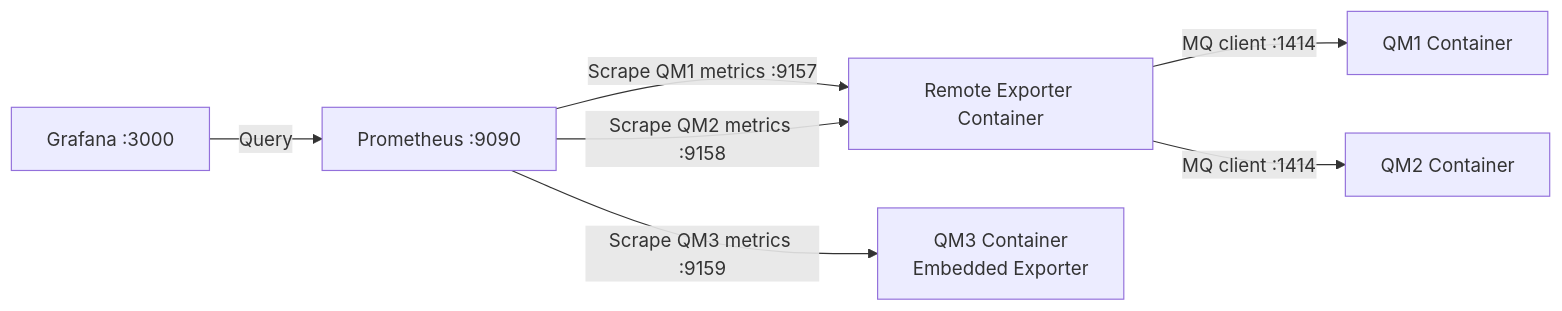
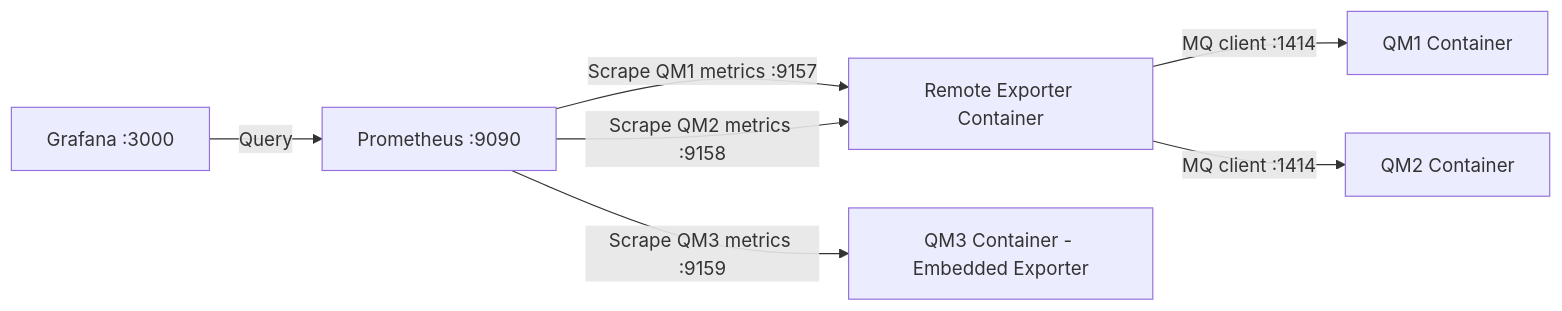
Before and after one commit to aztekmq/ibmmq_metrics_exporter: the diagram in README.md, drawn with Mermaid.

Commit message:
Improve Prometheus scrape configuration workflow

````diff
--- a/README.md
+++ b/README.md
@@ -38,18 +38,18 @@
 ```mermaid
 flowchart LR
     G["Grafana :3000"]
     P["Prometheus :9090"]
     E["Remote Exporter Container"]
     Q1["QM1 Container"]
     Q2["QM2 Container"]
-    Q3["QM3 Container<br/>Embedded Exporter"]
+    Q3["QM3 Container - Embedded Exporter"]
 
-    G -->|"Query"| P
+    G -->|Query| P
 
-    P -->|"Scrape QM1 metrics :9157"| E
-    P -->|"Scrape QM2 metrics :9158"| E
-    P -->|"Scrape QM3 metrics :9159"| Q3
+    P -->|Scrape QM1 metrics :9157| E
+    P -->|Scrape QM2 metrics :9158| E
+    P -->|Scrape QM3 metrics :9159| Q3
 
-    E -->|"MQ client :1414"| Q1
-    E -->|"MQ client :1414"| Q2
+    E -->|MQ client :1414| Q1
+    E -->|MQ client :1414| Q2
 ```
````
